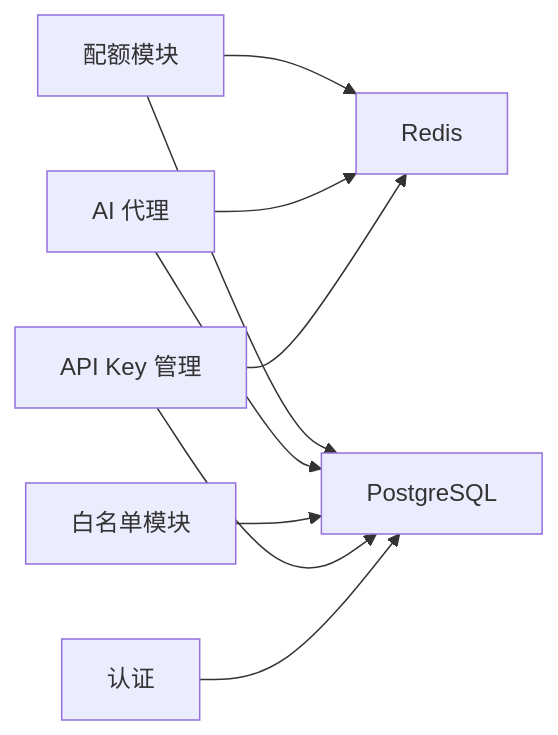
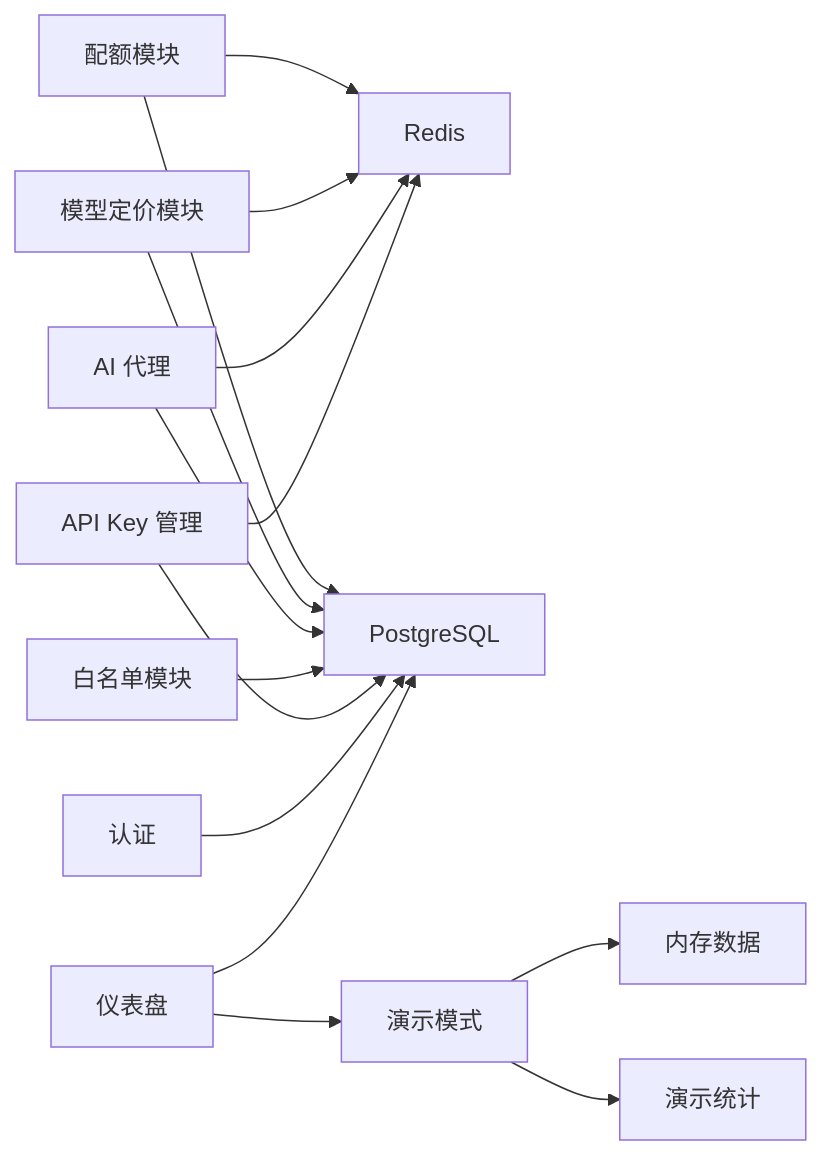
One commit to RadiumAg/AIGate changed diagram 11 of 11 in .qoder/repowiki/zh/content/核心功能/核心功能.md. Above: the diagram before and after it, drawn with Mermaid. The commit also changed other lines of this file and 15 other files, not shown here.

````diff
--- a/.qoder/repowiki/zh/content/核心功能/核心功能.md
+++ b/.qoder/repowiki/zh/content/核心功能/核心功能.md
@@ -303,11 +471,17 @@
 ```mermaid
 graph LR
 QU["配额模块"] --> RD["Redis"]
 QU --> PG["PostgreSQL"]
+MP["模型定价模块"] --> RD
+MP --> PG
 AI["AI 代理"] --> PG
 AI --> RD
 WL["白名单模块"] --> PG
 AK["API Key 管理"] --> PG
 AK --> RD
 AUTH["认证"] --> PG
+DM["演示模式"] --> DD["内存数据"]
+DM --> DS["演示统计"]
+DB["仪表盘"] --> PG
+DB --> DM
 ```
````
